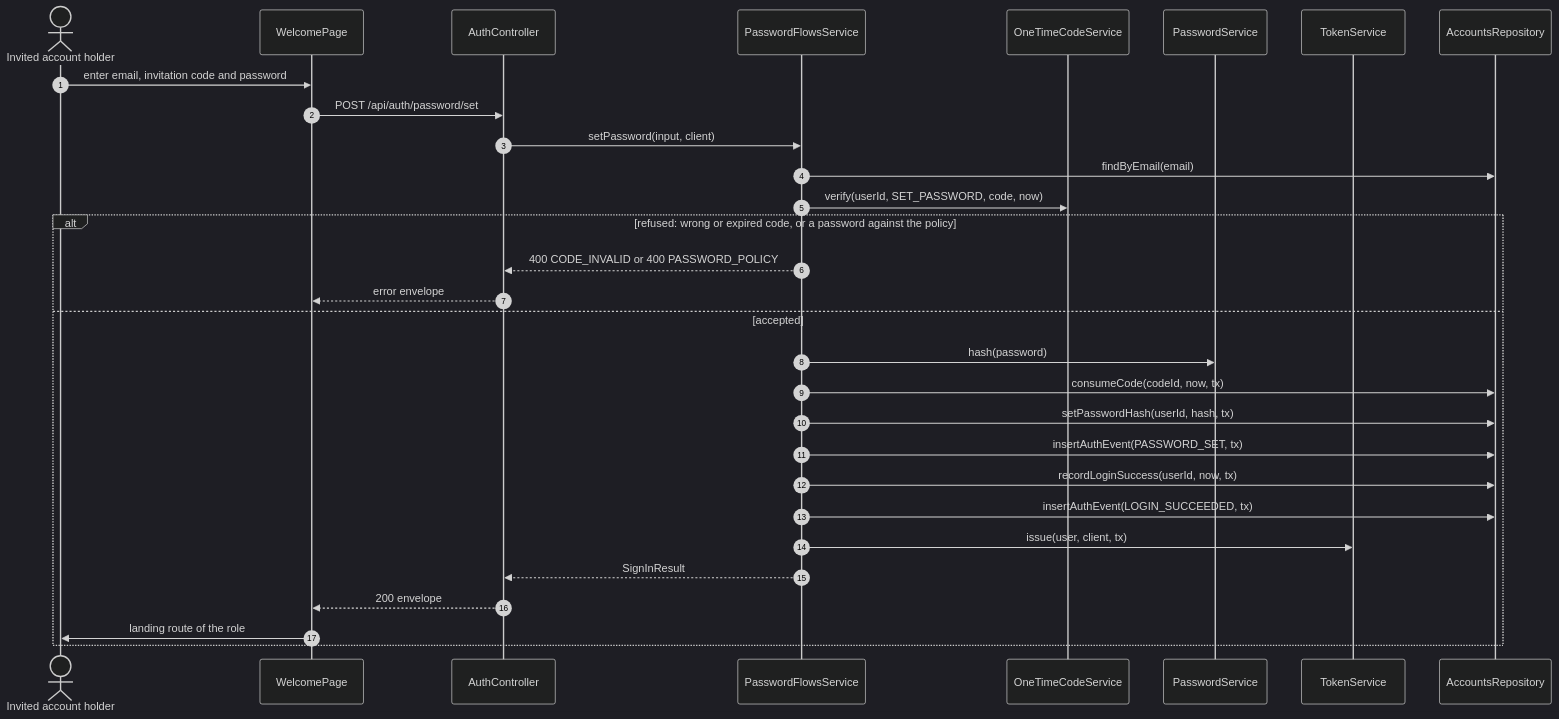
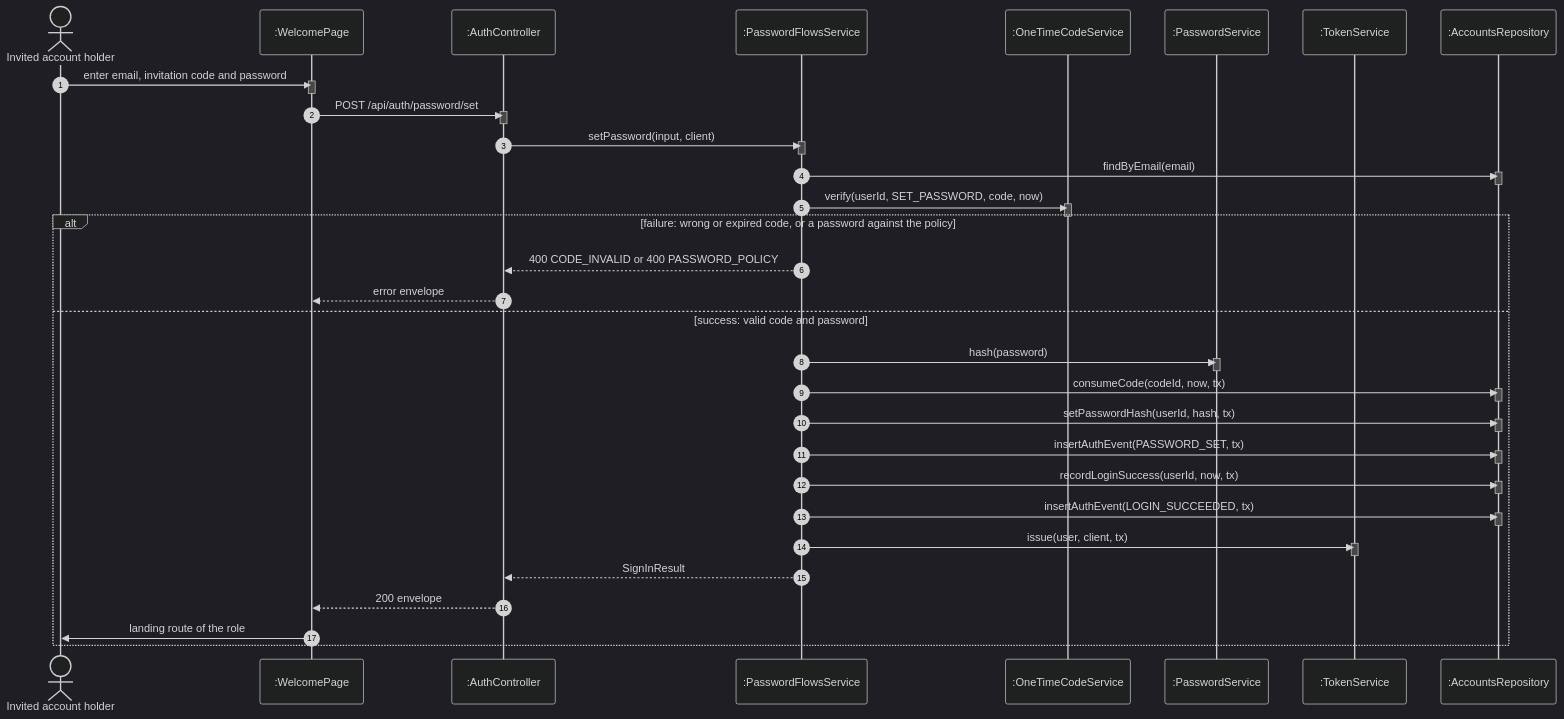
Before and after one commit to TrekLink-Team/treklink-web: diagram 12 of 12 in specs/auth/design.md, drawn with Mermaid (dark theme). The commit also changed other lines of this file and 2 other files, not shown here.

First line of the commit message:
docs: one alt per sequence, code-true guards and per-use-case class panels (review of #113)

````diff
--- a/specs/auth/design.md
+++ b/specs/auth/design.md
@@ -440,32 +587,56 @@
 ```mermaid
 sequenceDiagram
     autonumber
     actor U as Invited account holder
-    participant P as WelcomePage
-    participant C as AuthController
-    participant F as PasswordFlowsService
-    participant O as OneTimeCodeService
-    participant Pw as PasswordService
-    participant T as TokenService
-    participant R as AccountsRepository
+    participant P as :WelcomePage
+    participant C as :AuthController
+    participant F as :PasswordFlowsService
+    participant O as :OneTimeCodeService
+    participant Pw as :PasswordService
+    participant T as :TokenService
+    participant R as :AccountsRepository
     U->>P: enter email, invitation code and password
+    activate P
+    deactivate P
     P->>C: POST /api/auth/password/set
+    activate C
+    deactivate C
     C->>F: setPassword(input, client)
+    activate F
+    deactivate F
     F->>R: findByEmail(email)
+    activate R
+    deactivate R
     F->>O: verify(userId, SET_PASSWORD, code, now)
-    alt refused: wrong or expired code, or a password against the policy
+    activate O
+    deactivate O
+    alt failure: wrong or expired code, or a password against the policy
         F-->>C: 400 CODE_INVALID or 400 PASSWORD_POLICY
         C-->>P: error envelope
-    else accepted
+    else success: valid code and password
         F->>Pw: hash(password)
+        activate Pw
+        deactivate Pw
         F->>R: consumeCode(codeId, now, tx)
+        activate R
+        deactivate R
         F->>R: setPasswordHash(userId, hash, tx)
+        activate R
+        deactivate R
         F->>R: insertAuthEvent(PASSWORD_SET, tx)
+        activate R
+        deactivate R
         F->>R: recordLoginSuccess(userId, now, tx)
+        activate R
+        deactivate R
         F->>R: insertAuthEvent(LOGIN_SUCCEEDED, tx)
+        activate R
+        deactivate R
         F->>T: issue(user, client, tx)
+        activate T
+        deactivate T
         F-->>C: SignInResult
         C-->>P: 200 envelope
         P->>U: landing route of the role
     end
 ```
````
